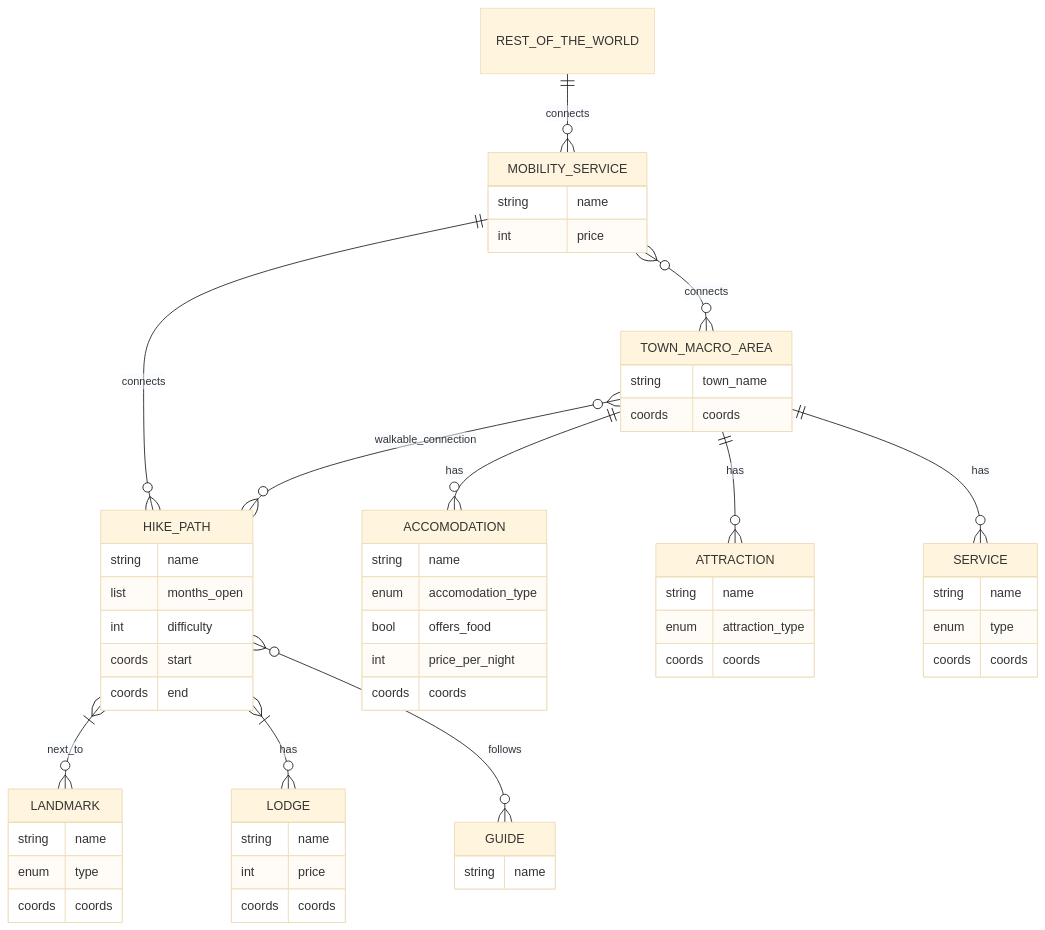
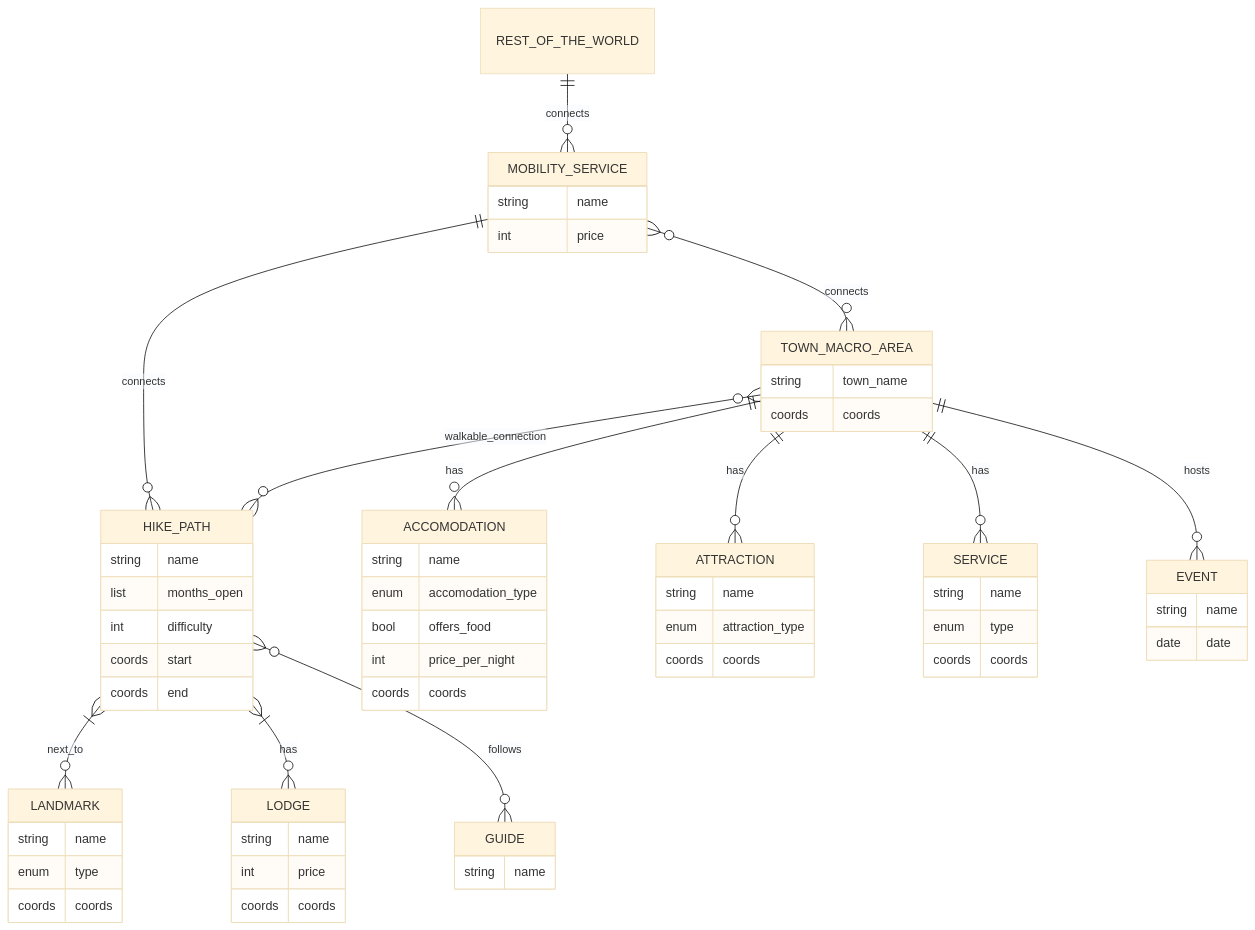
One commit to Ezpeon/KG_2026_SGMK changed the diagram in notes/purpose_notes.md. Above: the diagram before and after it, drawn with Mermaid (base theme). The commit also changed other lines of this file, not shown here.

Commit message:
chore: add events

````diff
--- a/notes/purpose_notes.md
+++ b/notes/purpose_notes.md
@@ -94,60 +95,65 @@
 ```mermaid
 erDiagram
     HIKE_PATH  }|--o{ LANDMARK : next_to
     HIKE_PATH  }|--o{ LODGE : has
     TOWN_MACRO_AREA  ||--o{ ACCOMODATION : has
     TOWN_MACRO_AREA  }o--o{ HIKE_PATH : walkable_connection
     MOBILITY_SERVICE  }o--o{ TOWN_MACRO_AREA : connects
     MOBILITY_SERVICE  ||--o{ HIKE_PATH : connects
     REST_OF_THE_WORLD  ||--o{ MOBILITY_SERVICE : connects
     TOWN_MACRO_AREA  ||--o{ ATTRACTION : has
     TOWN_MACRO_AREA  ||--o{ SERVICE : has
     HIKE_PATH  }o--o{ GUIDE : follows
+    TOWN_MACRO_AREA  ||--o{ EVENT : hosts
 
     HIKE_PATH {
         string name
         list months_open
         int difficulty
         coords start
         coords end
     }
     LANDMARK {
         string name
         enum type
         coords coords
     }
     LODGE {
         string name
         int price
         coords coords
     }
     TOWN_MACRO_AREA{
         string town_name
         coords coords
     }
     ATTRACTION{
         string name
         enum attraction_type
         coords coords
     }
     ACCOMODATION{
         string name
         enum accomodation_type
         bool offers_food
         int price_per_night
         coords coords
     }
     MOBILITY_SERVICE{
         string name
         int price
     }
     SERVICE{
         string name
         enum type
         coords coords
     }
     GUIDE{
         string name
     }
+    EVENT{
+        string name
+        date date
+    }
     REST_OF_THE_WORLD{}
 ```
````
